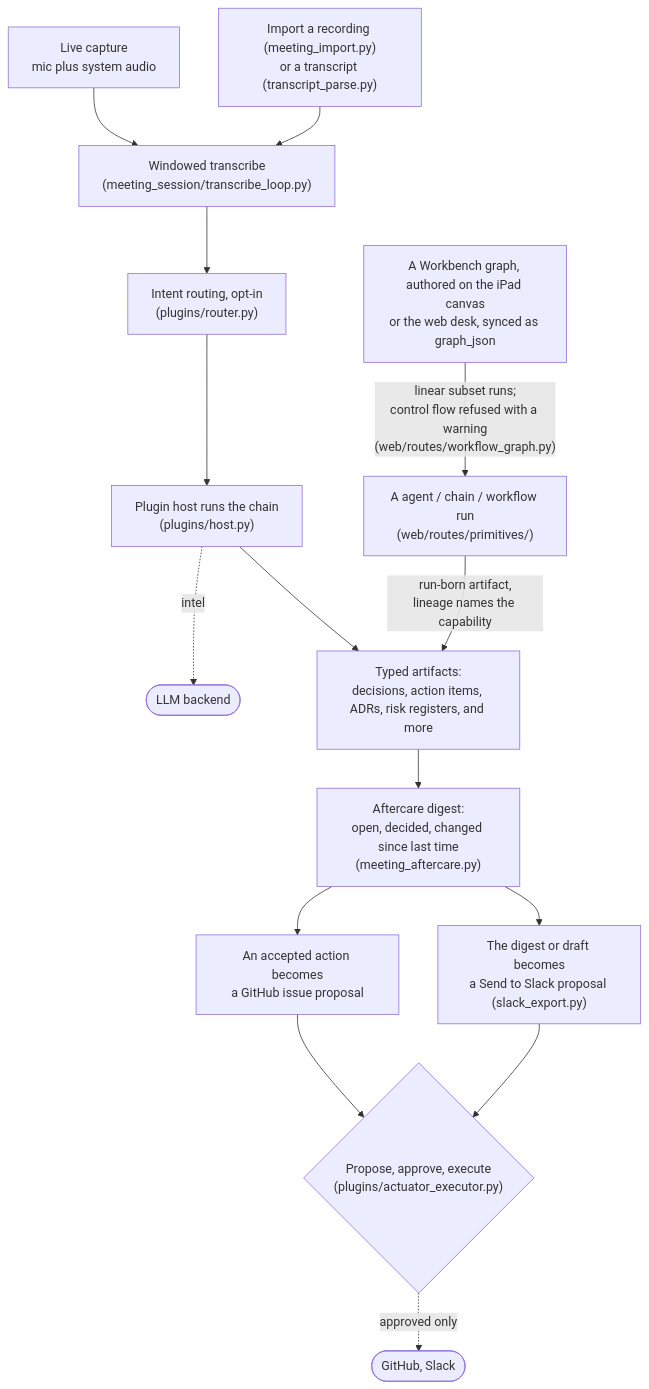
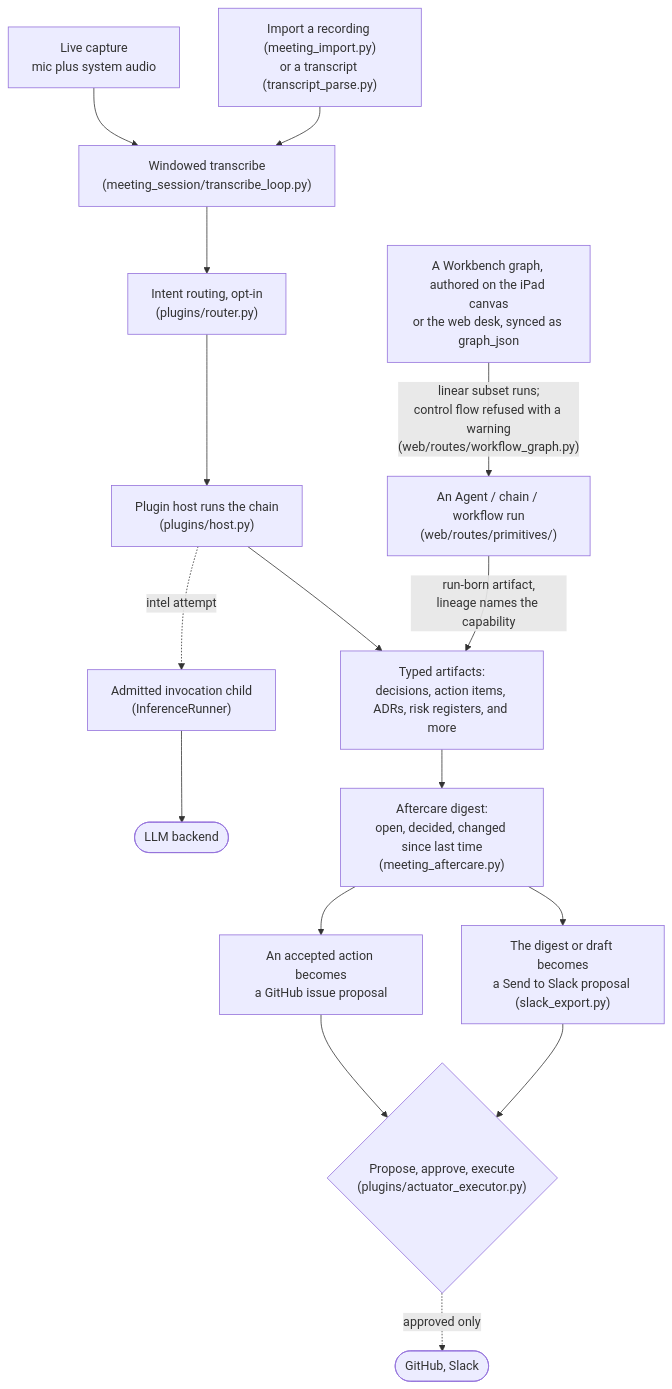
The sixth of 10 diagrams in docs/ARCHITECTURE.md (karolswdev/HoldSpeak), drawn with Mermaid before and after one commit. The commit also changed other lines of this file and 9 other files, not shown here.

````diff
--- a/docs/ARCHITECTURE.md
+++ b/docs/ARCHITECTURE.md
@@ -261,18 +332,19 @@
 ```mermaid
 flowchart TD
   LIVE["Live capture<br/>mic plus system audio"] --> TRW
   IMP["Import a recording (meeting_import.py)<br/>or a transcript (transcript_parse.py)"] --> TRW
   TRW["Windowed transcribe<br/>(meeting_session/transcribe_loop.py)"] --> ROUTE
   ROUTE["Intent routing, opt-in<br/>(plugins/router.py)"] --> HOST
   HOST["Plugin host runs the chain<br/>(plugins/host.py)"]
-  HOST -. "intel" .-> LLM(["LLM backend"])
+  HOST -. "intel attempt" .-> IR["Admitted invocation child<br/>(InferenceRunner)"]
+  IR --> LLM(["LLM backend"])
   HOST --> ART["Typed artifacts:<br/>decisions, action items, ADRs, risk registers, and more"]
-  RUNB["A agent / chain / workflow run<br/>(web/routes/primitives/)"] -- "run-born artifact,<br/>lineage names the capability" --> ART
+  RUNB["An Agent / chain / workflow run<br/>(web/routes/primitives/)"] -- "run-born artifact,<br/>lineage names the capability" --> ART
   GRAPH["A Workbench graph, authored on the iPad canvas<br/>or the web desk, synced as graph_json"] -- "linear subset runs;<br/>control flow refused with a warning<br/>(web/routes/workflow_graph.py)" --> RUNB
   ART --> AFT["Aftercare digest:<br/>open, decided, changed since last time<br/>(meeting_aftercare.py)"]
   AFT --> ISSUE["An accepted action becomes<br/>a GitHub issue proposal"]
   AFT --> SLACK["The digest or draft becomes<br/>a Send to Slack proposal (slack_export.py)"]
   ISSUE --> APV{"Propose, approve, execute<br/>(plugins/actuator_executor.py)"}
   SLACK --> APV
   APV -. "approved only" .-> EXT(["GitHub, Slack"])
 ```
````
